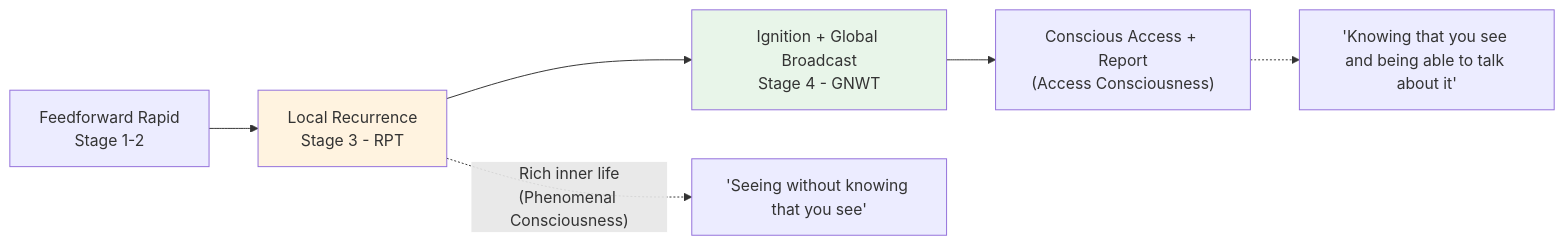
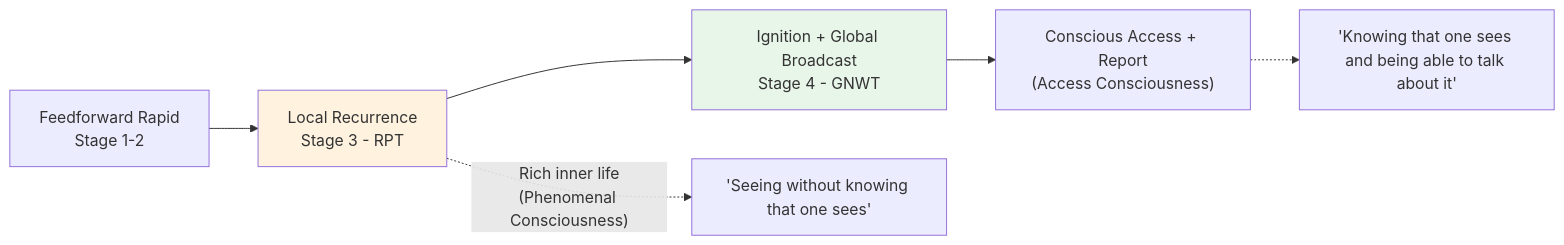
Before and after one commit to AlainCo/GNWT-Garrigue-X-en: the second of 6 diagrams in concepts/concepts.md, drawn with Mermaid. The commit also changed other lines of this file and 17 other files, not shown here.

````diff
--- a/concepts/concepts.md
+++ b/concepts/concepts.md
@@ -58,14 +58,14 @@
 ```mermaid
 flowchart LR
     A[Feedforward Rapid\nStage 1-2] --> B[Local Recurrence\nStage 3 - RPT]
     B --> C[Ignition + Global Broadcast\nStage 4 - GNWT]
 
-    B -.->|"Rich inner life\n(Phenomenal Consciousness)"| D["'Seeing without knowing that you see'"]
+    B -.->|"Rich inner life\n(Phenomenal Consciousness)"| D["'Seeing without knowing that one sees'"]
     C --> E["Conscious Access + Report\n(Access Consciousness)"]
-    E -.-> F["'Knowing that you see and being able to talk about it'"]
+    E -.-> F["'Knowing that one sees and being able to talk about it'"]
 
     classDef rpt fill:#fff3e0
     classDef gnwt fill:#e8f5e9
     class B rpt
     class C gnwt
 ```
````
